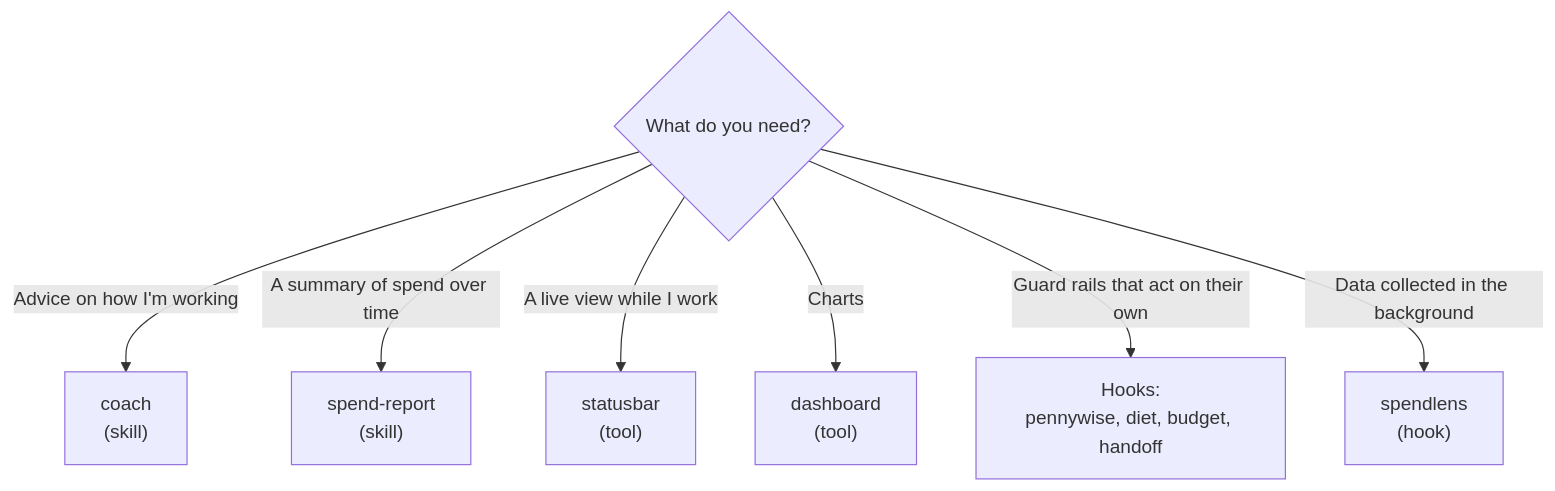
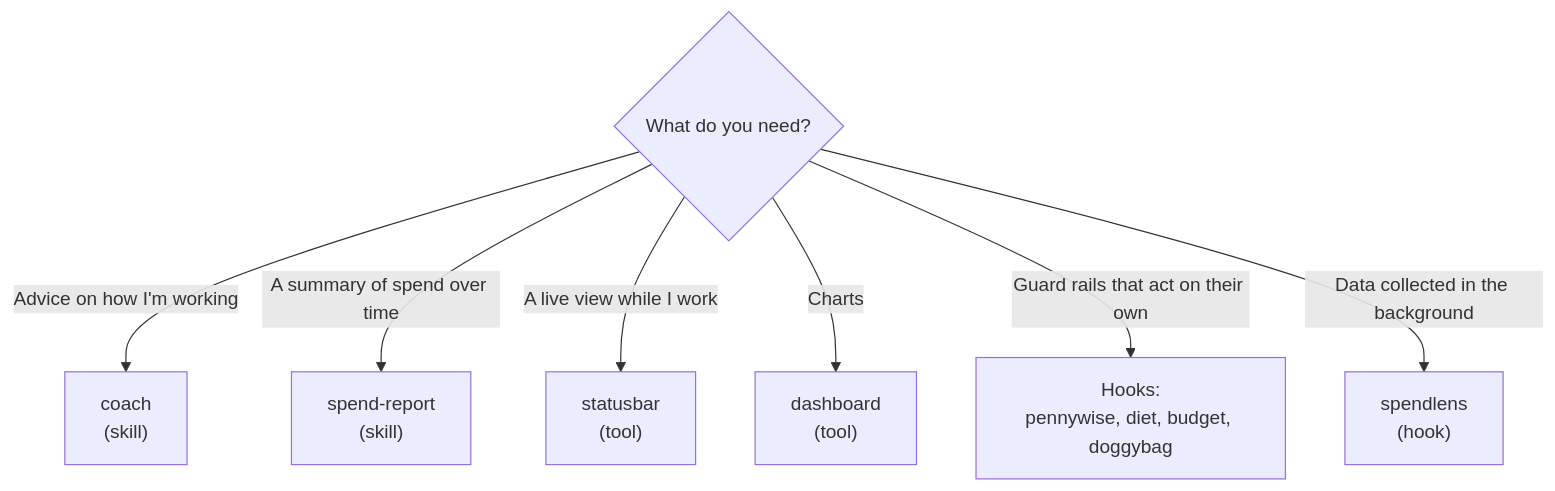
The first of 2 diagrams in docs/skills-tools-and-hooks.md (andrew44/tokenomics), drawn with Mermaid before and after one commit. The commit also changed other lines of this file and 18 other files, not shown here.

````diff
--- a/docs/skills-tools-and-hooks.md
+++ b/docs/skills-tools-and-hooks.md
@@ -35,9 +35,9 @@
 ```mermaid
 flowchart TD
     Q{"What do you need?"} -->|"Advice on how I'm working"| CF["coach<br/>(skill)"]
     Q -->|"A summary of spend over time"| SR["spend-report<br/>(skill)"]
     Q -->|"A live view while I work"| SB["statusbar<br/>(tool)"]
     Q -->|"Charts"| DB["dashboard<br/>(tool)"]
-    Q -->|"Guard rails that act on their own"| H["Hooks:<br/>pennywise, diet, budget, handoff"]
+    Q -->|"Guard rails that act on their own"| H["Hooks:<br/>pennywise, diet, budget, doggybag"]
     Q -->|"Data collected in the background"| SL["spendlens<br/>(hook)"]
 ```
````
